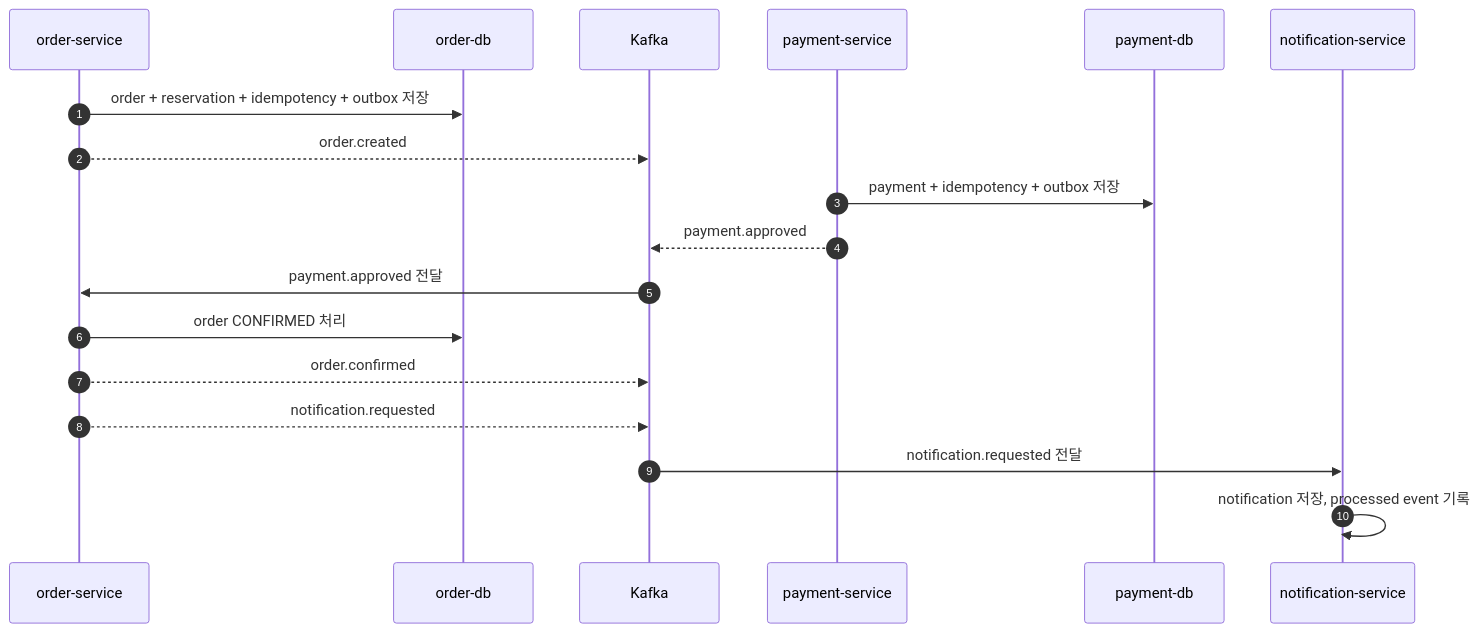
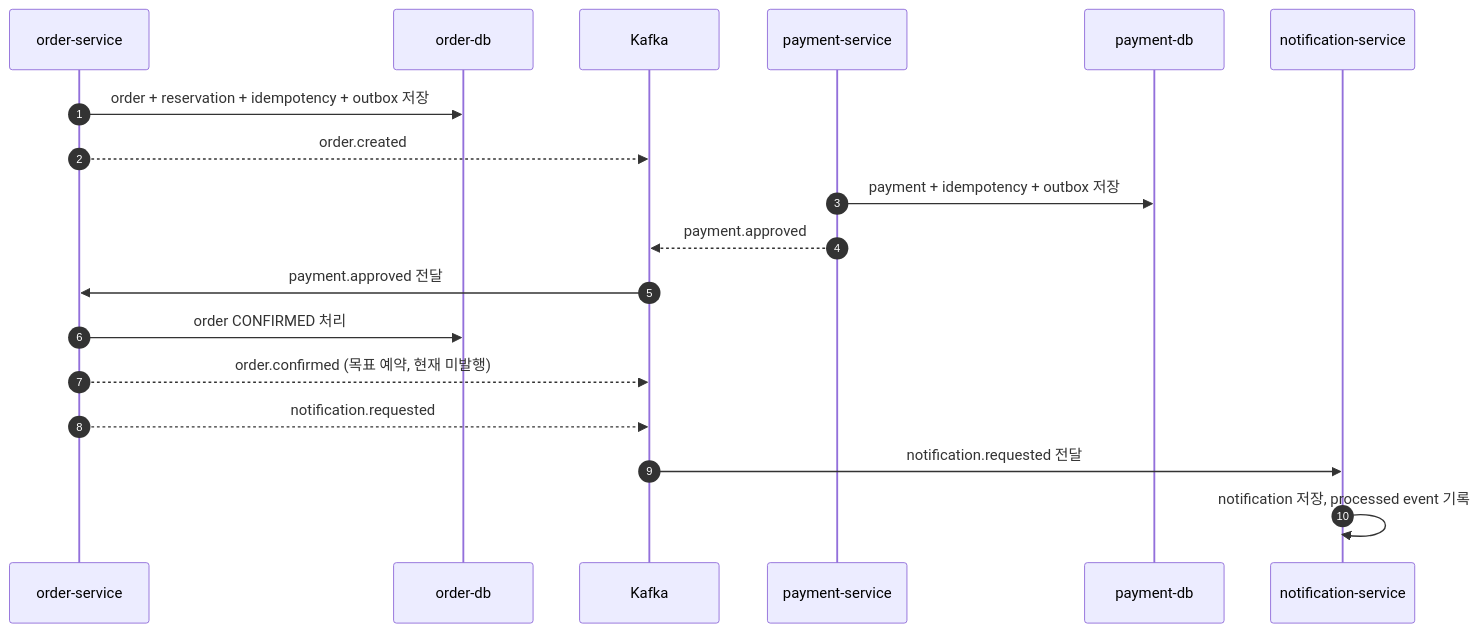
One commit to Medikong/archive changed the second of 2 diagrams in scenarios/normal-purchase/03-state-event-flow.md. Above: the diagram before and after it, drawn with Mermaid. The commit also changed other lines of this file and 32 other files, not shown here.

````diff
--- a/scenarios/normal-purchase/03-state-event-flow.md
+++ b/scenarios/normal-purchase/03-state-event-flow.md
@@ -53,21 +55,21 @@
 ```mermaid
 sequenceDiagram
     autonumber
     participant O as order-service
     participant ODB as order-db
     participant K as Kafka
     participant P as payment-service
     participant PDB as payment-db
     participant N as notification-service
 
     O->>ODB: order + reservation + idempotency + outbox 저장
     O-->>K: order.created
     P->>PDB: payment + idempotency + outbox 저장
     P-->>K: payment.approved
     K->>O: payment.approved 전달
     O->>ODB: order CONFIRMED 처리
-    O-->>K: order.confirmed
+    O-->>K: order.confirmed (목표 예약, 현재 미발행)
     O-->>K: notification.requested
     K->>N: notification.requested 전달
     N->>N: notification 저장, processed event 기록
 ```
````
